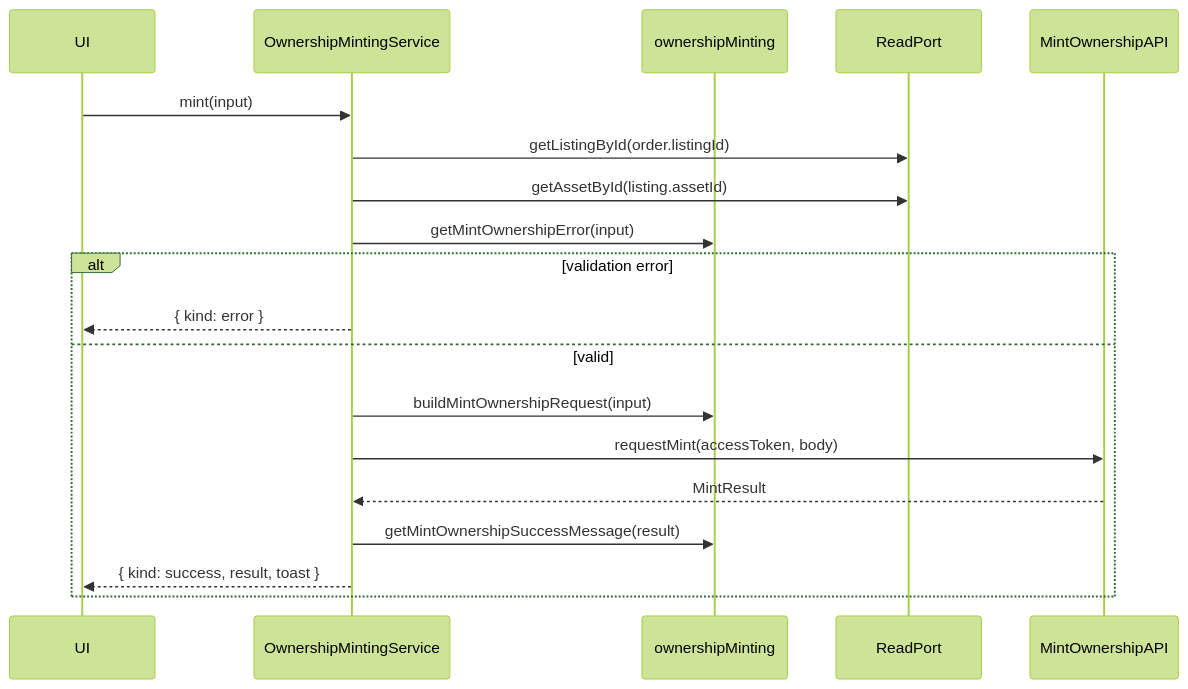
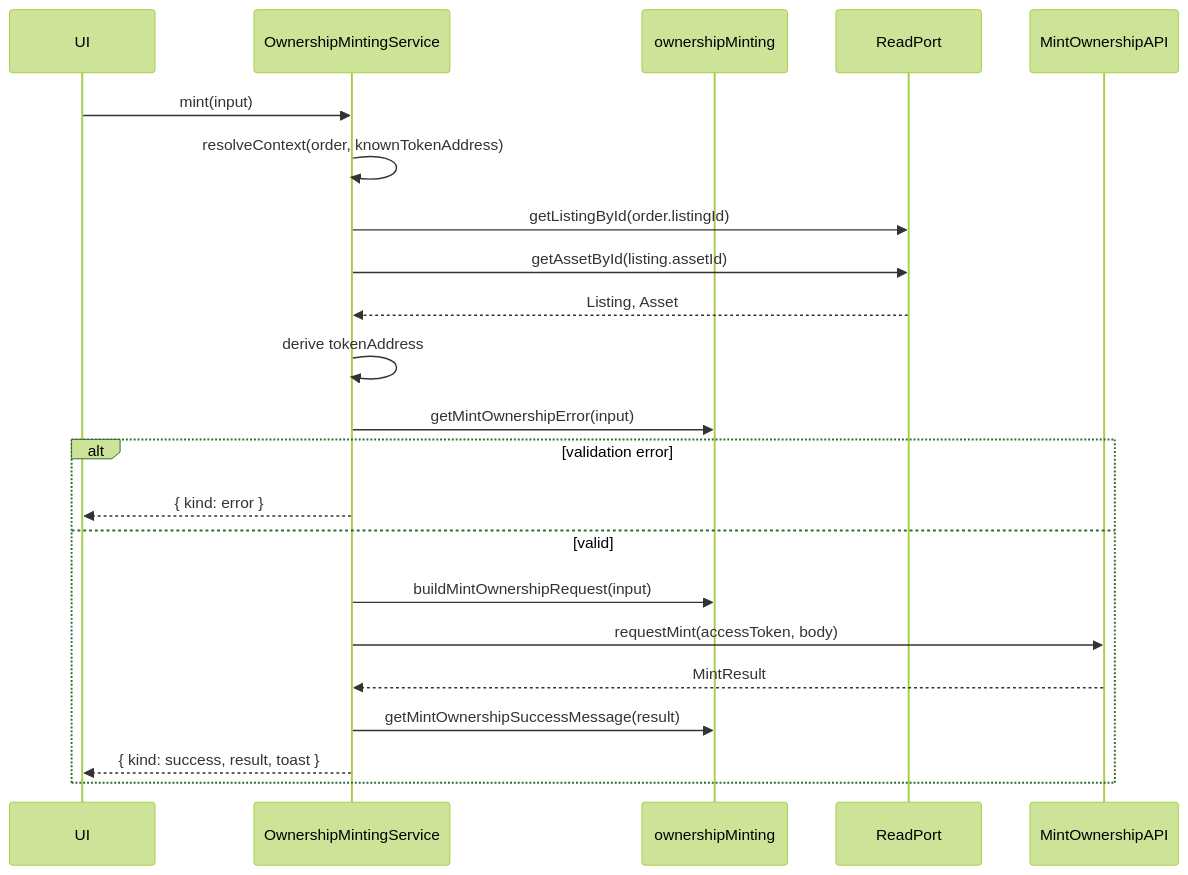
Diagram 11 of 31 in specs/13 - use cases sequence.md (j4nos/cz), drawn with Mermaid (forest theme) before and after one commit. The commit also changed other lines of this file and 5 other files, not shown here.

Commit message:
fix(flows): restore public listing reads and simplify checkout and minting

````diff
--- a/specs/13 - use cases sequence.md
+++ b/specs/13 - use cases sequence.md
@@ -278,22 +258,25 @@
 ```mermaid
 sequenceDiagram
   participant UI
   participant OwnershipMintingService
   participant ownershipMinting
   participant ReadPort
   participant MintOwnershipAPI
 
   UI->>OwnershipMintingService: mint(input)
+  OwnershipMintingService->>OwnershipMintingService: resolveContext(order, knownTokenAddress)
   OwnershipMintingService->>ReadPort: getListingById(order.listingId)
   OwnershipMintingService->>ReadPort: getAssetById(listing.assetId)
+  ReadPort-->>OwnershipMintingService: Listing, Asset
+  OwnershipMintingService->>OwnershipMintingService: derive tokenAddress
   OwnershipMintingService->>ownershipMinting: getMintOwnershipError(input)
   alt validation error
     OwnershipMintingService-->>UI: { kind: error }
   else valid
     OwnershipMintingService->>ownershipMinting: buildMintOwnershipRequest(input)
     OwnershipMintingService->>MintOwnershipAPI: requestMint(accessToken, body)
     MintOwnershipAPI-->>OwnershipMintingService: MintResult
     OwnershipMintingService->>ownershipMinting: getMintOwnershipSuccessMessage(result)
     OwnershipMintingService-->>UI: { kind: success, result, toast }
   end
 ```
````
